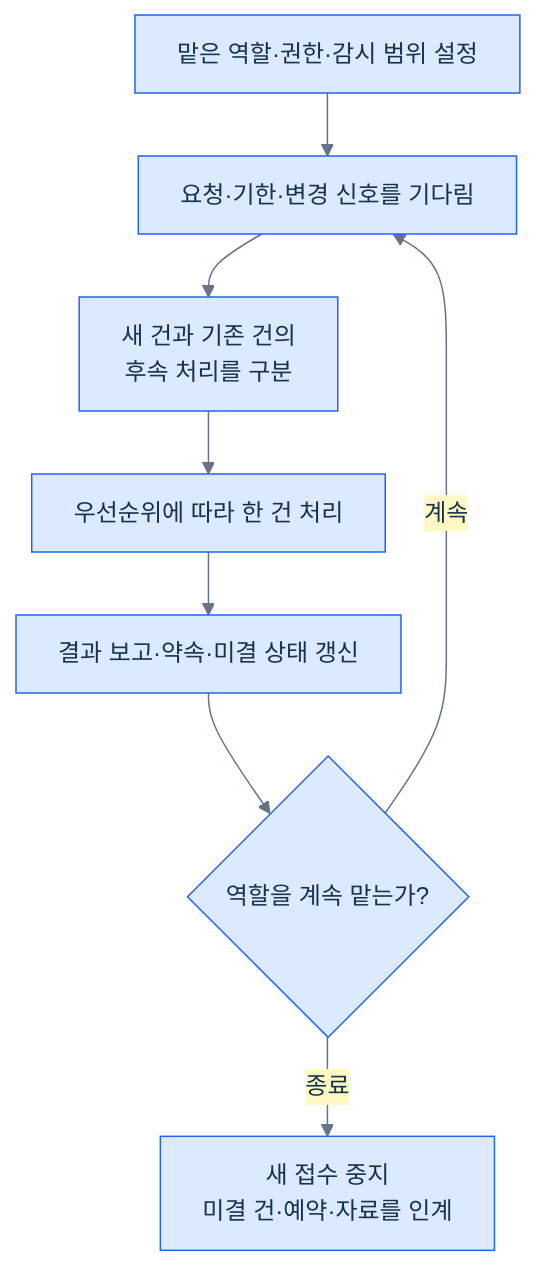
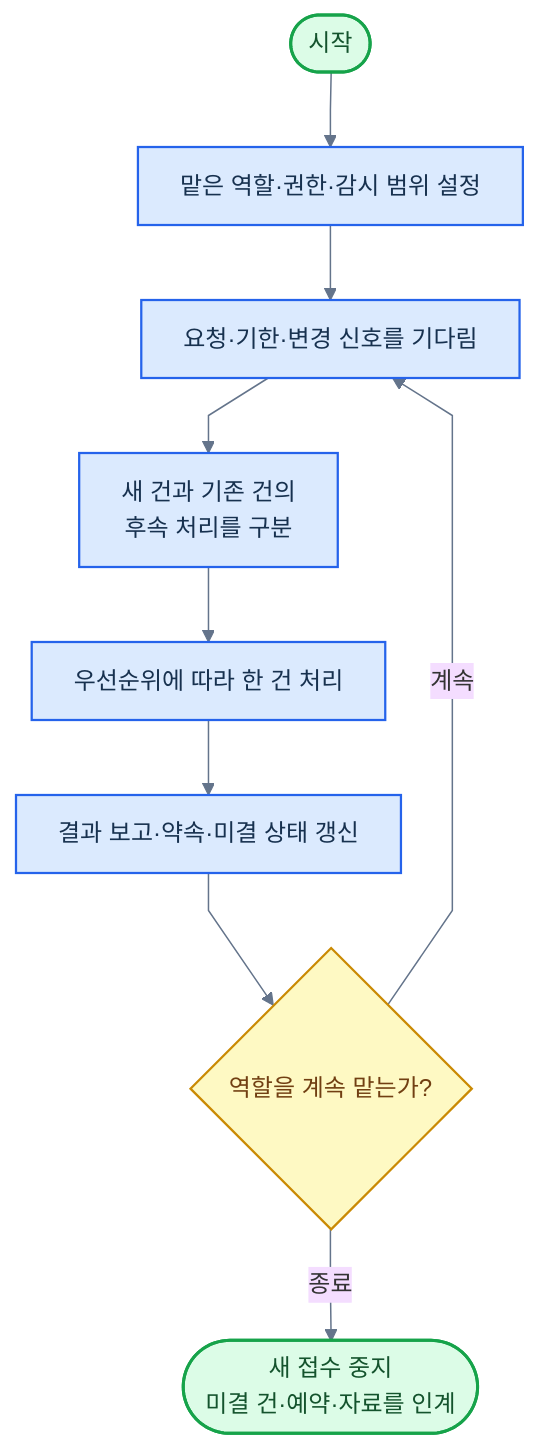
One commit to harisbaguette/expert changed the fourth of 17 diagrams in 전문가 에이전트 정의 2.md. Above: the diagram before and after it, drawn with Mermaid. The commit also changed other lines of this file, not shown here.

````diff
--- a/전문가 에이전트 정의 2.md
+++ b/전문가 에이전트 정의 2.md
@@ -191,11 +230,21 @@
 ```mermaid
-%%{init: {"theme": "base", "themeVariables": {"fontFamily": "Arial, sans-serif", "fontSize": "16px", "primaryColor": "#dbeafe", "primaryTextColor": "#17314f", "primaryBorderColor": "#2563eb", "lineColor": "#64748b", "secondaryColor": "#fef9c3", "tertiaryColor": "#f8fafc"}, "flowchart": {"curve": "basis", "nodeSpacing": 32, "rankSpacing": 42, "padding": 14, "wrappingWidth": 240, "useMaxWidth": true}}}%%
+%%{init: {"theme":"base","themeVariables":{"fontFamily":"Arial, sans-serif","fontSize":"16px","lineColor":"#64748b"},"flowchart":{"curve":"linear","nodeSpacing":40,"rankSpacing":50,"padding":14,"wrappingWidth":240,"useMaxWidth":true}}}%%
 flowchart TB
-    A["맡은 역할·권한·감시 범위 설정"] --> B["요청·기한·변경 신호를 기다림"]
-    B --> C["새 건과 기존 건의<br/>후속 처리를 구분"]
-    C --> D["우선순위에 따라 한 건 처리"]
-    D --> E["결과 보고·약속·미결 상태 갱신"]
-    E --> F{"역할을 계속 맡는가?"}
+    S(["시작"])
+    A["맡은 역할·권한·감시 범위 설정"]
+    B["요청·기한·변경 신호를 기다림"]
+    C["새 건과 기존 건의<br/>후속 처리를 구분"]
+    D["우선순위에 따라 한 건 처리"]
+    E["결과 보고·약속·미결 상태 갱신"]
+    F{"역할을 계속 맡는가?"}
+    G(["새 접수 중지<br/>미결 건·예약·자료를 인계"])
+    S --> A --> B --> C --> D --> E --> F
     F -->|계속| B
-    F -->|종료| G["새 접수 중지<br/>미결 건·예약·자료를 인계"]
+    F -->|종료| G
+    classDef default fill:#dbeafe,stroke:#2563eb,stroke-width:1.5px,color:#17314f
+    classDef term fill:#dcfce7,stroke:#16a34a,stroke-width:2px,color:#14532d
+    classDef stop fill:#fee2e2,stroke:#dc2626,stroke-width:2px,color:#7f1d1d
+    classDef dec fill:#fef9c3,stroke:#ca8a04,stroke-width:1.5px,color:#713f12
+    class S,G term
+    class F dec
 ```
````
